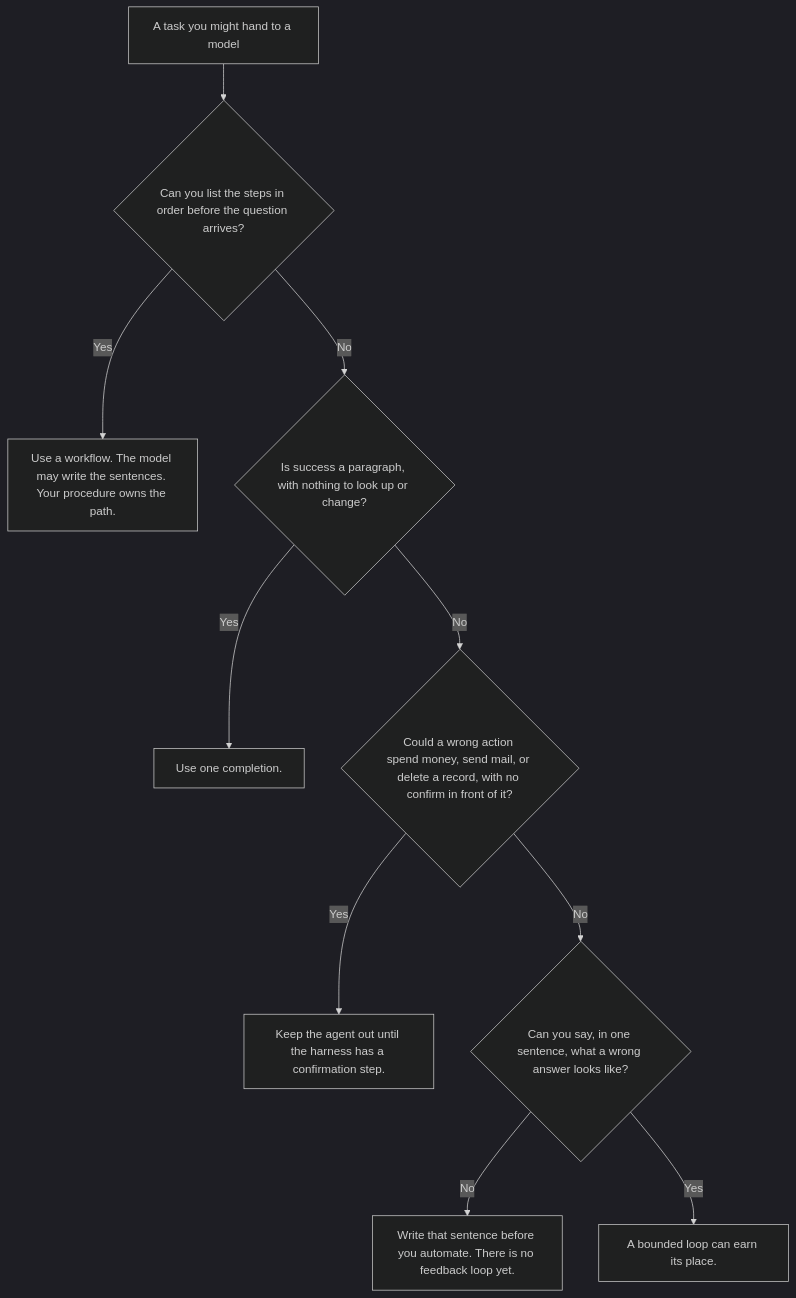
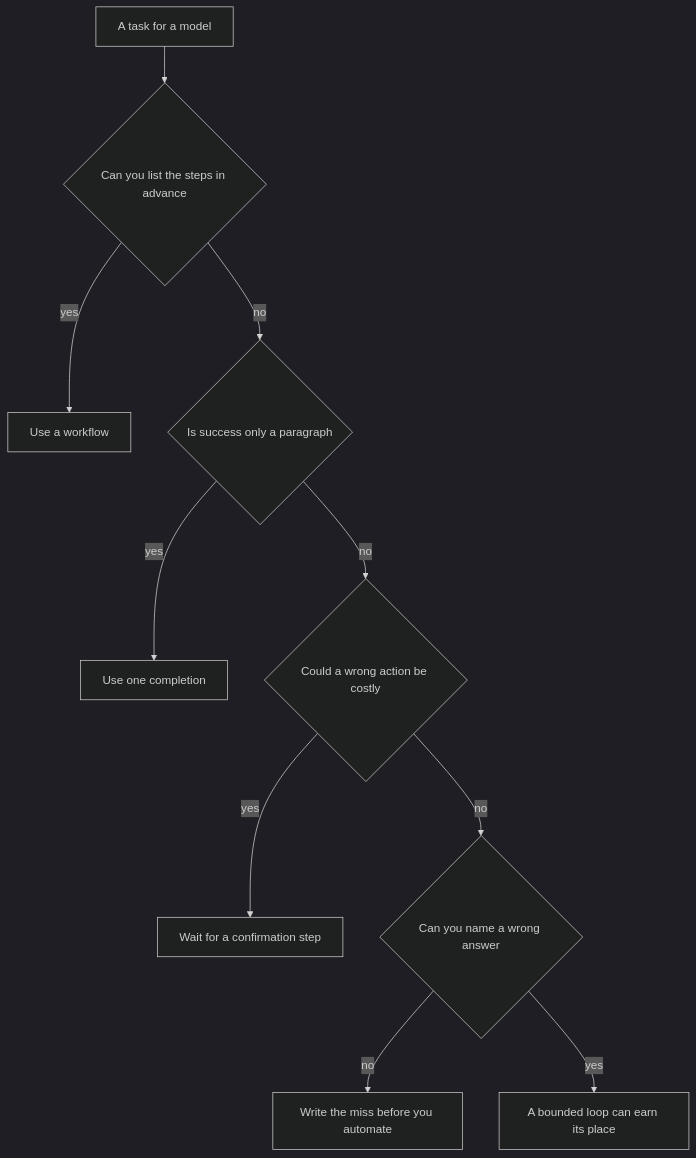
The diagram in chapters/ch01-what-an-agent-is/README.md (junlinghu/book-agents), drawn with Mermaid (dark theme) before and after one commit.

Commit message:
Fix Mermaid figure in Chapter 1 for GitHub rendering

````diff
--- a/chapters/ch01-what-an-agent-is/README.md
+++ b/chapters/ch01-what-an-agent-is/README.md
@@ -66,12 +66,22 @@
 ```mermaid
 flowchart TD
-  Start["A task you might hand to a model"] --> Steps{"Can you list the steps in order before the question arrives?"}
-  Steps -->|Yes| WF["Use a workflow. The model may write the sentences. Your procedure owns the path."]
-  Steps -->|No| Draft{"Is success a paragraph, with nothing to look up or change?"}
-  Draft -->|Yes| One["Use one completion."]
-  Draft -->|No| Gate{"Could a wrong action spend money, send mail, or delete a record, with no confirm in front of it?"}
-  Gate -->|Yes| Hold["Keep the agent out until the harness has a confirmation step."]
-  Gate -->|No| Ready{"Can you say, in one sentence, what a wrong answer looks like?"}
-  Ready -->|No| Feedback["Write that sentence before you automate. There is no feedback loop yet."]
-  Ready -->|Yes| Loop["A bounded loop can earn its place."]
+  Start[A task for a model]
+  Steps{Can you list the steps in advance}
+  WF[Use a workflow]
+  Draft{Is success only a paragraph}
+  One[Use one completion]
+  Gate{Could a wrong action be costly}
+  Hold[Wait for a confirmation step]
+  Ready{Can you name a wrong answer}
+  Feedback[Write the miss before you automate]
+  Loop[A bounded loop can earn its place]
+  Start --> Steps
+  Steps -->|yes| WF
+  Steps -->|no| Draft
+  Draft -->|yes| One
+  Draft -->|no| Gate
+  Gate -->|yes| Hold
+  Gate -->|no| Ready
+  Ready -->|no| Feedback
+  Ready -->|yes| Loop
 ```
````
